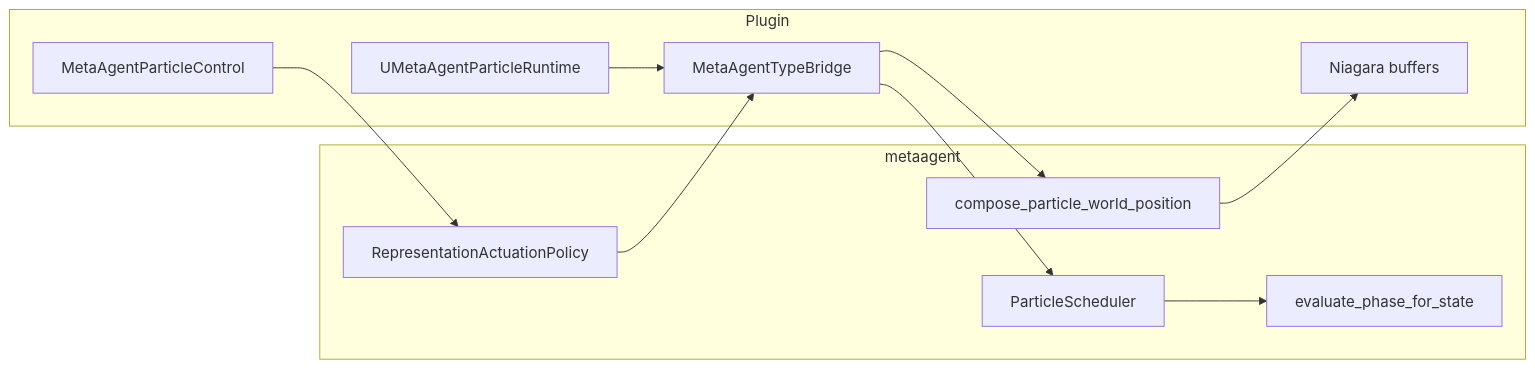
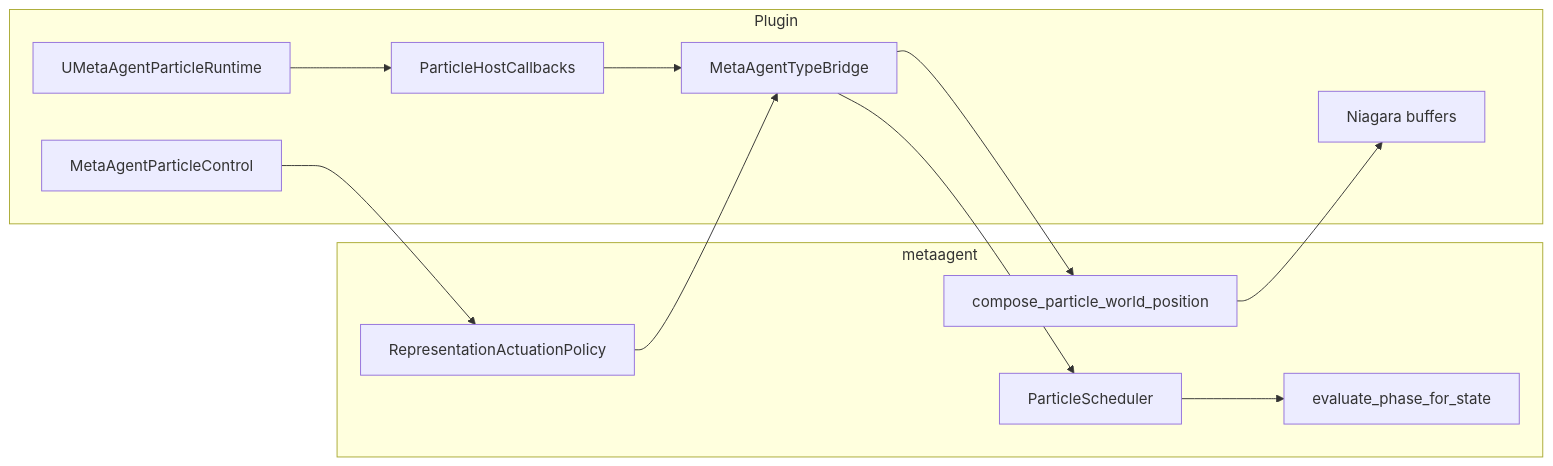
One commit to vecnode/metaagent-ue5-plugin changed the fourth of 4 diagrams in README.md. Above: the diagram before and after it, drawn with Mermaid. The commit also changed other lines of this file and 26 other files, not shown here.

````diff
--- a/README.md
+++ b/README.md
@@ -233,20 +240,22 @@
 ```mermaid
 flowchart LR
     subgraph metaagent
         Sched[ParticleScheduler]
         Phase[evaluate_phase_for_state]
         Compose[compose_particle_world_position]
         Pol[RepresentationActuationPolicy]
     end
 
     subgraph Plugin
         TB[MetaAgentTypeBridge]
         RT[UMetaAgentParticleRuntime]
         CTL[MetaAgentParticleControl]
+        HostCB[ParticleHostCallbacks]
         NIA[Niagara buffers]
     end
 
-    RT --> TB --> Sched
+    RT --> HostCB
+    HostCB --> TB --> Sched
     Sched --> Phase
     CTL --> Pol --> TB --> Compose --> NIA
 ```
````
